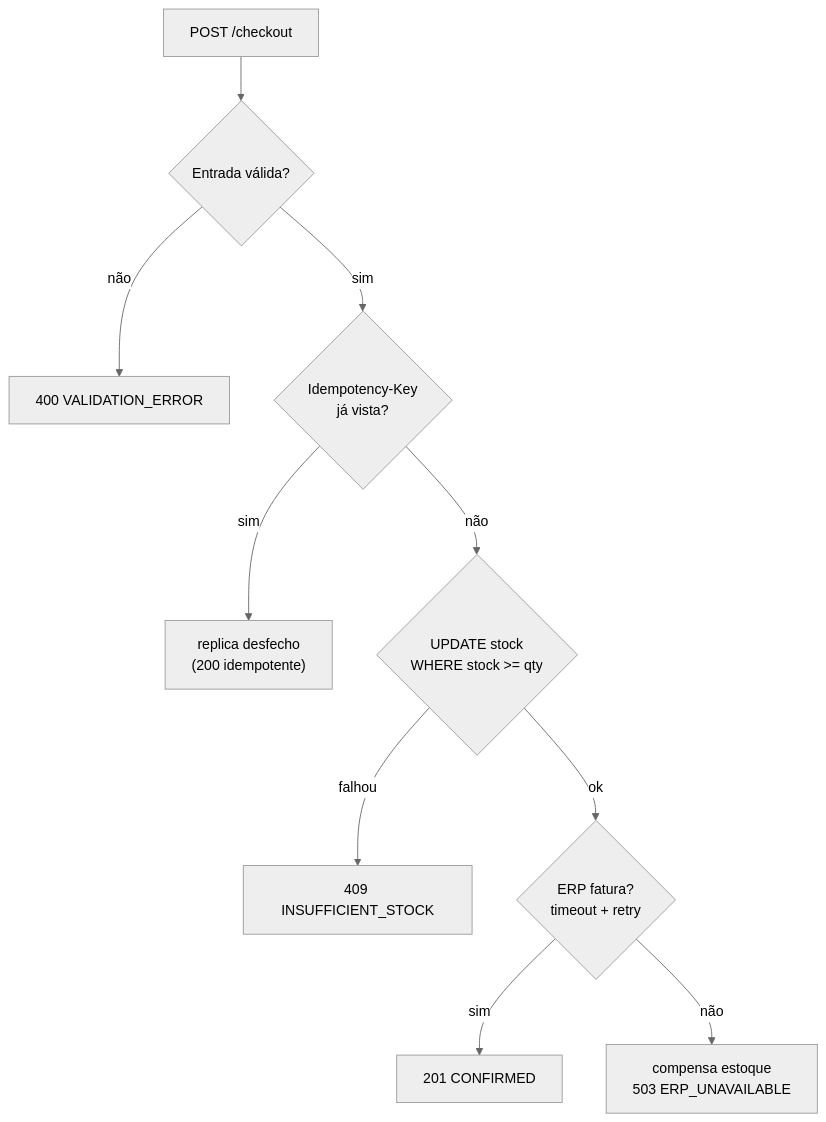
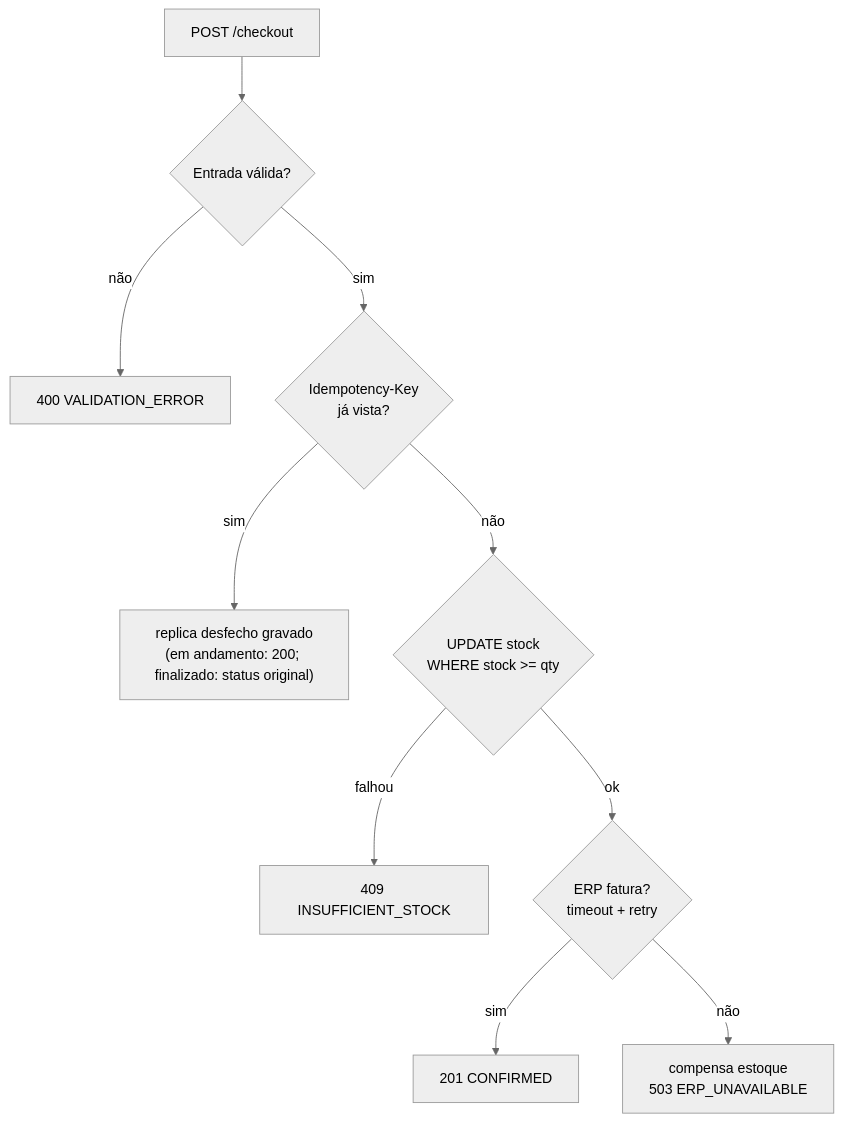
The second of 2 diagrams in README.md (athosmartinez/CaseCellShop), drawn with Mermaid (neutral theme) before and after one commit.

Commit message:
docs: precisar rótulo de idempotência no diagrama (replica status original)

````diff
--- a/README.md
+++ b/README.md
@@ -42,12 +42,12 @@
 ```mermaid
 flowchart TD
   A["POST /checkout"] --> V{"Entrada válida?"}
   V -- não --> E400["400 VALIDATION_ERROR"]
   V -- sim --> I{"Idempotency-Key<br/>já vista?"}
-  I -- sim --> DUP["replica desfecho<br/>(200 idempotente)"]
+  I -- sim --> DUP["replica desfecho gravado<br/>(em andamento: 200; finalizado: status original)"]
   I -- não --> R{"UPDATE stock<br/>WHERE stock >= qty"}
   R -- falhou --> E409["409 INSUFFICIENT_STOCK"]
   R -- ok --> ERP{"ERP fatura?<br/>timeout + retry"}
   ERP -- sim --> OK["201 CONFIRMED"]
   ERP -- não --> COMP["compensa estoque<br/>503 ERP_UNAVAILABLE"]
 ```
````
